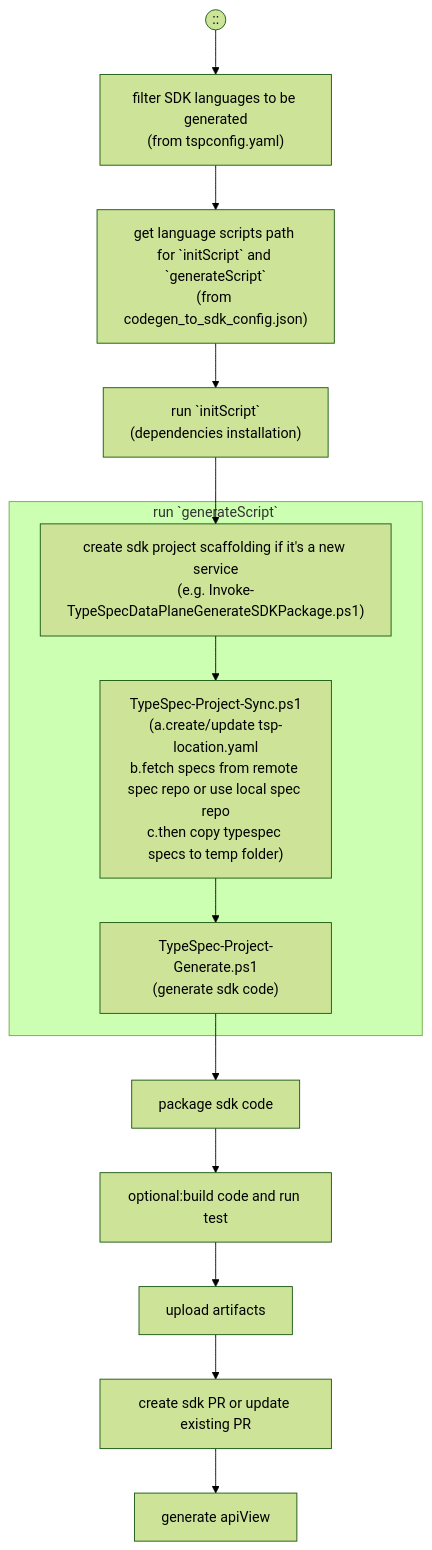
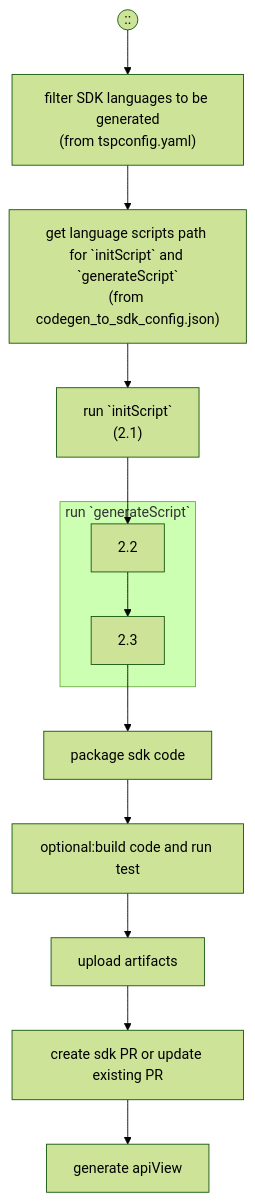
One commit to Azure/azure-rest-api-specs changed the fourth of 5 diagrams in documentation/typespec-end-to-end-scenarios.md. Above: the diagram before and after it, drawn with Mermaid (forest theme). The commit also changed other lines of this file, not shown here.

Commit message:
pull out common chart of sdk generation

````diff
--- a/documentation/typespec-end-to-end-scenarios.md
+++ b/documentation/typespec-end-to-end-scenarios.md
@@ -146,29 +186,22 @@
 ```mermaid
 flowchart TD;
   classDef highlight fill:#ffd700
   Pipeline((::))-->A
 A["filter SDK languages to be generated
 (from tspconfig.yaml)"]-->B
 B["get language scripts path for `initScript` and `generateScript`
 (from codegen_to_sdk_config.json)"]-->C
 C["run `initScript`
-(dependencies installation)"]-->E
+(2.1)"]-->G
 subgraph D["run `generateScript`"]
-  E
   G
   H
 end
-E["create sdk project scaffolding if it's a new service
-(e.g. Invoke-TypeSpecDataPlaneGenerateSDKPackage.ps1)"]-->G
-G["TypeSpec-Project-Sync.ps1
-(a.create/update tsp-location.yaml
-b.fetch specs from remote spec repo or use local spec repo
-c.then copy typespec specs to temp folder)"]-->H
-H["TypeSpec-Project-Generate.ps1
-(generate sdk code)"]-->I
+G["2.2"]-->H
+H["2.3"]-->I
 I["package sdk code"]-->J
 J["optional:build code and run test"]-->K
 K["upload artifacts"]-->L
 L["create sdk PR or update existing PR"]-->M
 M["generate apiView"]
 ```
````
